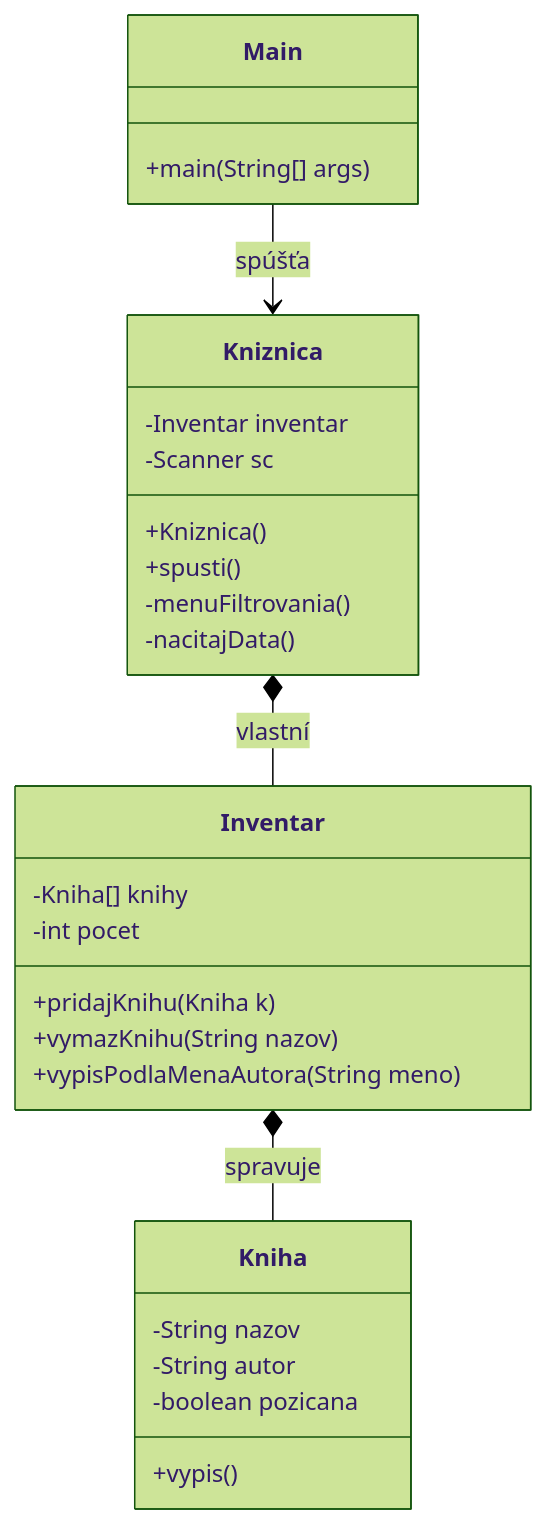
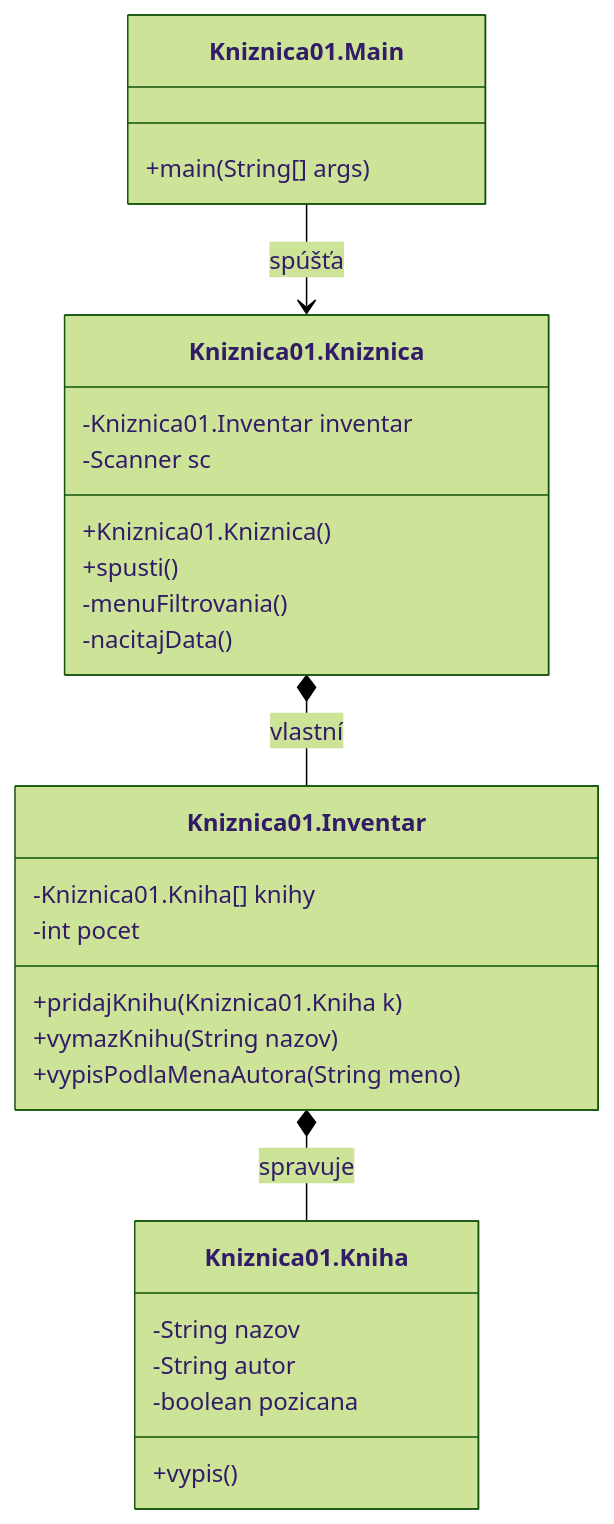
Before and after one commit to Chirch88/projekt_kniznica: the first of 2 diagrams in README.md, drawn with Mermaid (forest theme). The commit also changed other lines of this file and 5 other files, not shown here.

````diff
--- a/README.md
+++ b/README.md
@@ -97,31 +97,31 @@
 ```mermaid
 classDiagram
-    class Main {
+    class Kniznica01.Main {
         +main(String[] args)
     }
-    class Kniznica {
-        -Inventar inventar
+    class Kniznica01.Kniznica {
+        -Kniznica01.Inventar inventar
         -Scanner sc
-        +Kniznica()
+        +Kniznica01.Kniznica()
         +spusti()
         -menuFiltrovania()
         -nacitajData()
     }
-    class Inventar {
-        -Kniha[] knihy
+    class Kniznica01.Inventar {
+        -Kniznica01.Kniha[] knihy
         -int pocet
-        +pridajKnihu(Kniha k)
+        +pridajKnihu(Kniznica01.Kniha k)
         +vymazKnihu(String nazov)
         +vypisPodlaMenaAutora(String meno)
     }
-    class Kniha {
+    class Kniznica01.Kniha {
         -String nazov
         -String autor
         -boolean pozicana
         +vypis()
     }
 
-    Main --> Kniznica : spúšťa
-    Kniznica "" *-- "" Inventar : vlastní
-    Inventar "" *-- "" Kniha : spravuje
+    Kniznica01.Main --> Kniznica01.Kniznica : spúšťa
+    Kniznica01.Kniznica "" *-- "" Kniznica01.Inventar : vlastní
+    Kniznica01.Inventar "" *-- "" Kniznica01.Kniha : spravuje
 ```
````
